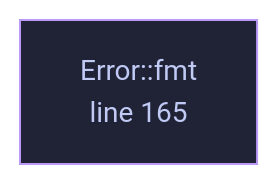
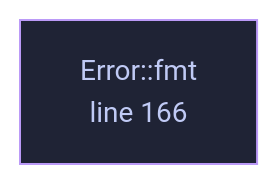
One commit to tilas01/veilvoice changed the diagram in docs/files/veilvoice-crypto/lib.md. Above: the diagram before and after it, drawn with Mermaid. The commit also changed other lines of this file and 30 other files, not shown here.

````diff
--- a/docs/files/veilvoice-crypto/lib.md
+++ b/docs/files/veilvoice-crypto/lib.md
@@ -118,8 +118,8 @@
 ```mermaid
 %%{init: {"theme":"base","themeVariables":{"background":"#1a1b26","primaryColor":"#1f2335","primaryTextColor":"#c0caf5","primaryBorderColor":"#7aa2f7","secondaryColor":"#16161e","tertiaryColor":"#16161e","lineColor":"#737aa2","textColor":"#c0caf5","mainBkg":"#1f2335","nodeBorder":"#7aa2f7","clusterBkg":"#16161e","clusterBorder":"#2f3549","fontFamily":"ui-monospace, SFMono-Regular, Consolas, monospace","fontSize":"14px"}}}%%
 flowchart TD
-    n_fmt["Error::fmt<br/>line 165"]
-    click n_fmt href "https://github.com/tilas01/veilvoice/blob/main/crates/veilvoice-crypto/src/lib.rs#L165" "open the source"
+    n_fmt["Error::fmt<br/>line 166"]
+    click n_fmt href "https://github.com/tilas01/veilvoice/blob/main/crates/veilvoice-crypto/src/lib.rs#L166" "open the source"
     classDef helper fill:#1f2335,stroke:#bb9af7,color:#c0caf5
     class n_fmt helper
 ```
````
